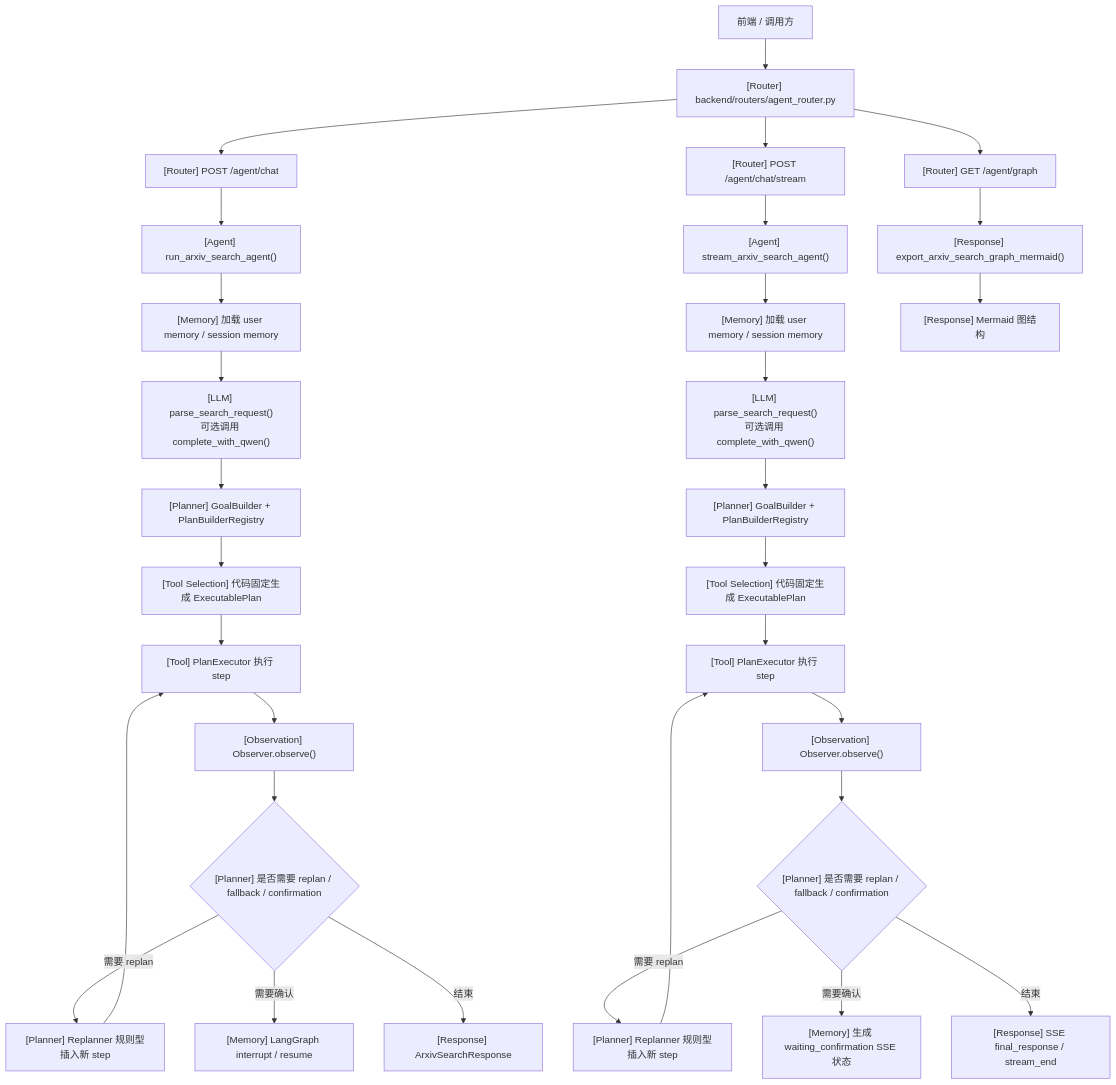
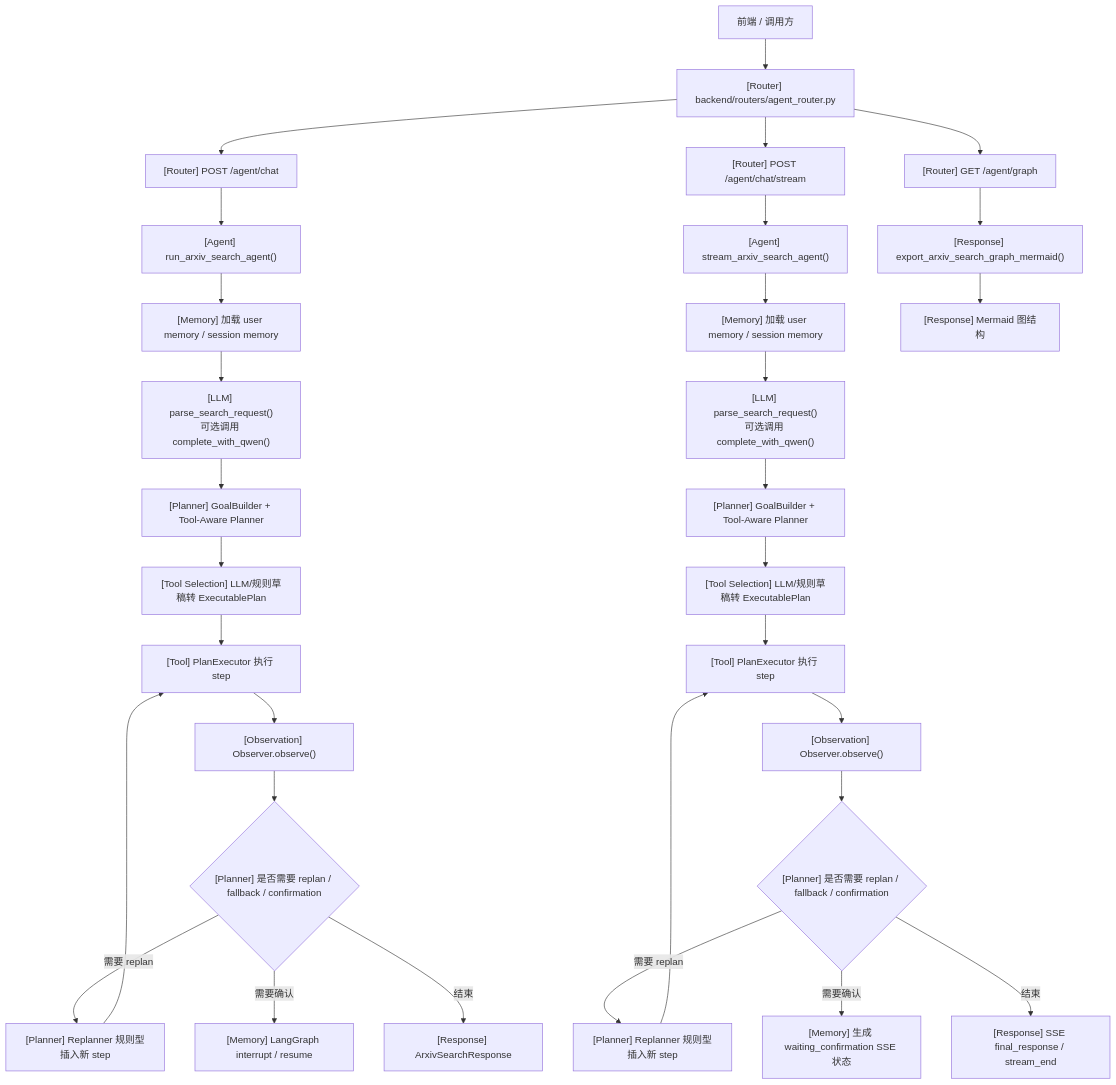
Before and after one commit to PolarisSun729/arxiv-research-agent: the first of 4 diagrams in docs/architecture/routers/agent_router_flow.md, drawn with Mermaid. The commit also changed other lines of this file and 75 other files, not shown here.

````diff
--- a/docs/architecture/routers/agent_router_flow.md
+++ b/docs/architecture/routers/agent_router_flow.md
@@ -45,45 +45,45 @@
 ```mermaid
 flowchart TD
     A["前端 / 调用方"] --> B["[Router] backend/routers/agent_router.py"]
 
     B --> C1["[Router] POST /agent/chat"]
     B --> C2["[Router] POST /agent/chat/stream"]
     B --> C3["[Router] GET /agent/graph"]
 
     C1 --> D1["[Agent] run_arxiv_search_agent()"]
     C2 --> D2["[Agent] stream_arxiv_search_agent()"]
     C3 --> D3["[Response] export_arxiv_search_graph_mermaid()"]
 
     D1 --> E1["[Memory] 加载 user memory / session memory"]
     D2 --> E2["[Memory] 加载 user memory / session memory"]
 
     E1 --> F1["[LLM] parse_search_request()<br/>可选调用 complete_with_qwen()"]
     E2 --> F2["[LLM] parse_search_request()<br/>可选调用 complete_with_qwen()"]
 
-    F1 --> G1["[Planner] GoalBuilder + PlanBuilderRegistry"]
-    F2 --> G2["[Planner] GoalBuilder + PlanBuilderRegistry"]
+    F1 --> G1["[Planner] GoalBuilder + Tool-Aware Planner"]
+    F2 --> G2["[Planner] GoalBuilder + Tool-Aware Planner"]
 
-    G1 --> H1["[Tool Selection] 代码固定生成 ExecutablePlan"]
-    G2 --> H2["[Tool Selection] 代码固定生成 ExecutablePlan"]
+    G1 --> H1["[Tool Selection] LLM/规则草稿转 ExecutablePlan"]
+    G2 --> H2["[Tool Selection] LLM/规则草稿转 ExecutablePlan"]
 
     H1 --> I1["[Tool] PlanExecutor 执行 step"]
     H2 --> I2["[Tool] PlanExecutor 执行 step"]
 
     I1 --> J1["[Observation] Observer.observe()"]
     I2 --> J2["[Observation] Observer.observe()"]
 
     J1 --> K1{"[Planner] 是否需要 replan / fallback / confirmation"}
     J2 --> K2{"[Planner] 是否需要 replan / fallback / confirmation"}
 
     K1 -->|需要 replan| L1["[Planner] Replanner 规则型插入新 step"]
     L1 --> I1
     K1 -->|需要确认| M1["[Memory] LangGraph interrupt / resume"]
     K1 -->|结束| N1["[Response] ArxivSearchResponse"]
 
     K2 -->|需要 replan| L2["[Planner] Replanner 规则型插入新 step"]
     L2 --> I2
     K2 -->|需要确认| M2["[Memory] 生成 waiting_confirmation SSE 状态"]
     K2 -->|结束| N2["[Response] SSE final_response / stream_end"]
 
     D3 --> O["[Response] Mermaid 图结构"]
 ```
````
